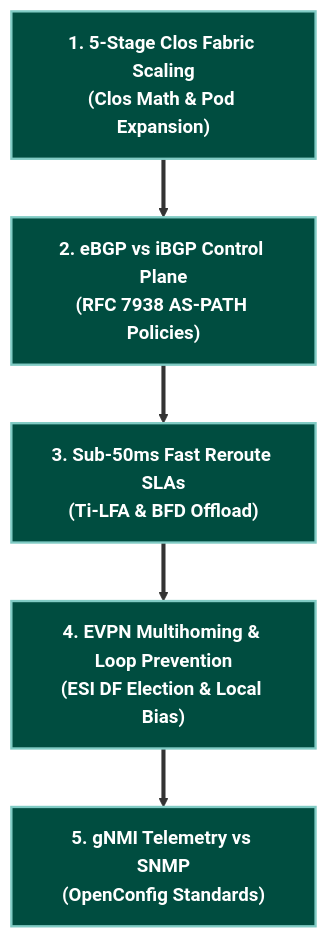
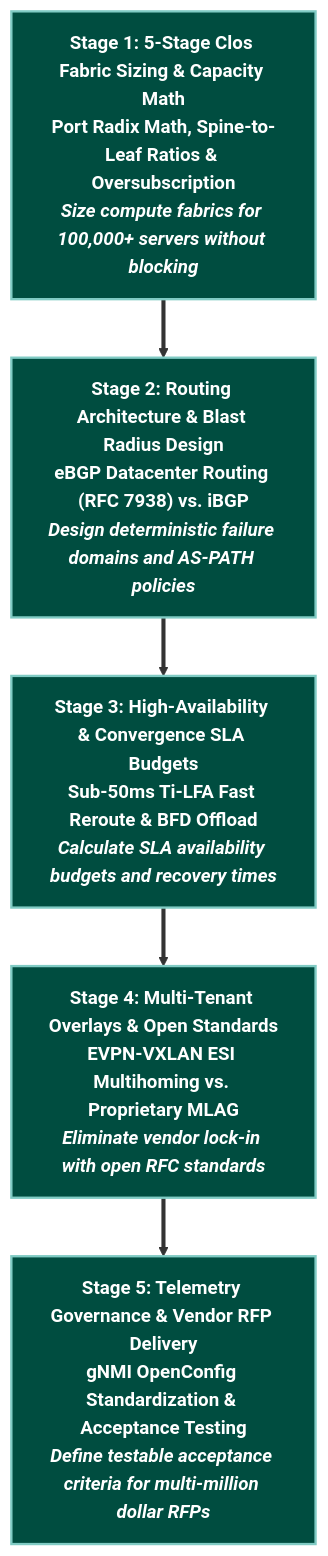
The diagram in docs/tracks/technical-program-manager.md (etherhtun/netforge-labs), drawn with Mermaid before and after one commit. The commit also changed other lines of this file and 60 other files, not shown here.

````diff
--- a/docs/tracks/technical-program-manager.md
+++ b/docs/tracks/technical-program-manager.md
@@ -26,10 +32,13 @@
 ```mermaid
 graph TD
-    T1["1. 5-Stage Clos Fabric Scaling<br/>(Clos Math & Pod Expansion)"] ==> T2["2. eBGP vs iBGP Control Plane<br/>(RFC 7938 AS-PATH Policies)"]
-    T2 ==> T3["3. Sub-50ms Fast Reroute SLAs<br/>(Ti-LFA & BFD Offload)"]
-    T3 ==> T4["4. EVPN Multihoming & Loop Prevention<br/>(ESI DF Election & Local Bias)"]
-    T4 ==> T5["5. gNMI Telemetry vs SNMP<br/>(OpenConfig Standards)"]
+    S1["<b>Stage 1: 5-Stage Clos Fabric Sizing & Capacity Math</b><br/>Port Radix Math, Spine-to-Leaf Ratios & Oversubscription<br/><i>Size compute fabrics for 100,000+ servers without blocking</i>"]
+    S2["<b>Stage 2: Routing Architecture & Blast Radius Design</b><br/>eBGP Datacenter Routing (RFC 7938) vs. iBGP<br/><i>Design deterministic failure domains and AS-PATH policies</i>"]
+    S3["<b>Stage 3: High-Availability & Convergence SLA Budgets</b><br/>Sub-50ms Ti-LFA Fast Reroute & BFD Offload<br/><i>Calculate SLA availability budgets and recovery times</i>"]
+    S4["<b>Stage 4: Multi-Tenant Overlays & Open Standards</b><br/>EVPN-VXLAN ESI Multihoming vs. Proprietary MLAG<br/><i>Eliminate vendor lock-in with open RFC standards</i>"]
+    S5["<b>Stage 5: Telemetry Governance & Vendor RFP Delivery</b><br/>gNMI OpenConfig Standardization & Acceptance Testing<br/><i>Define testable acceptance criteria for multi-million dollar RFPs</i>"]
+
+    S1 ==> S2 ==> S3 ==> S4 ==> S5
 
     classDef tpm fill:#004d40,stroke:#80cbc4,color:#ffffff,stroke-width:2px,font-weight:bold;
-    class T1,T2,T3,T4,T5 tpm;
+    class S1,S2,S3,S4,S5 tpm;
 ```
````
